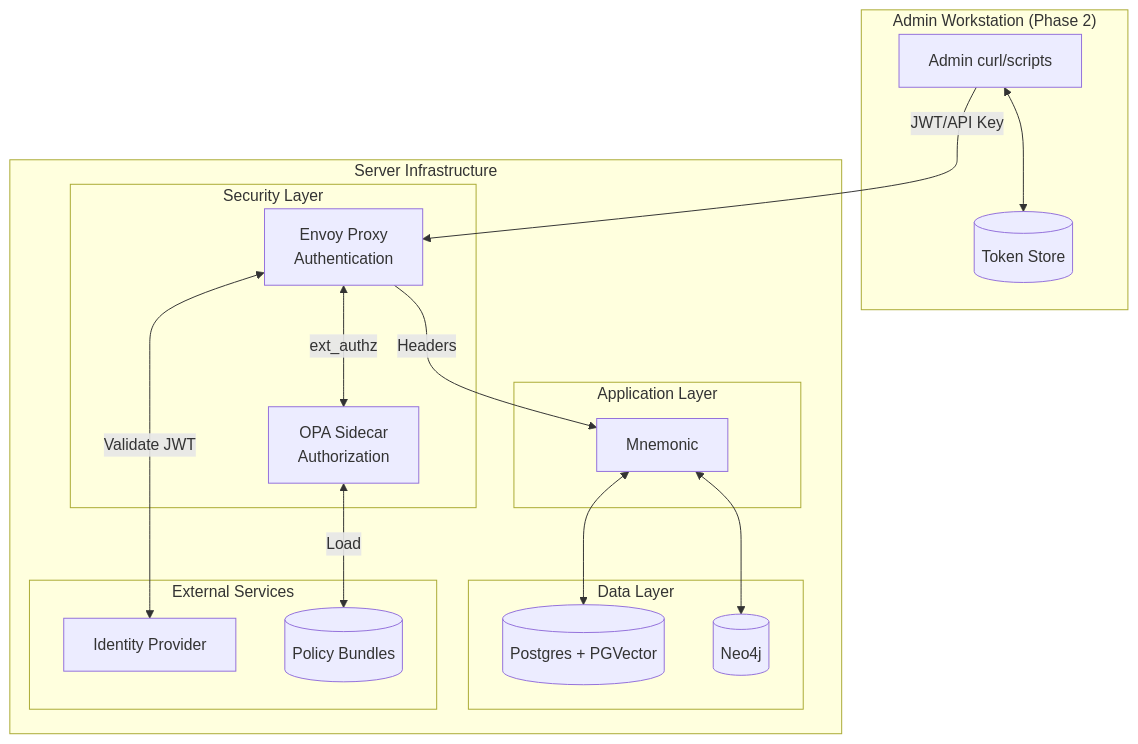
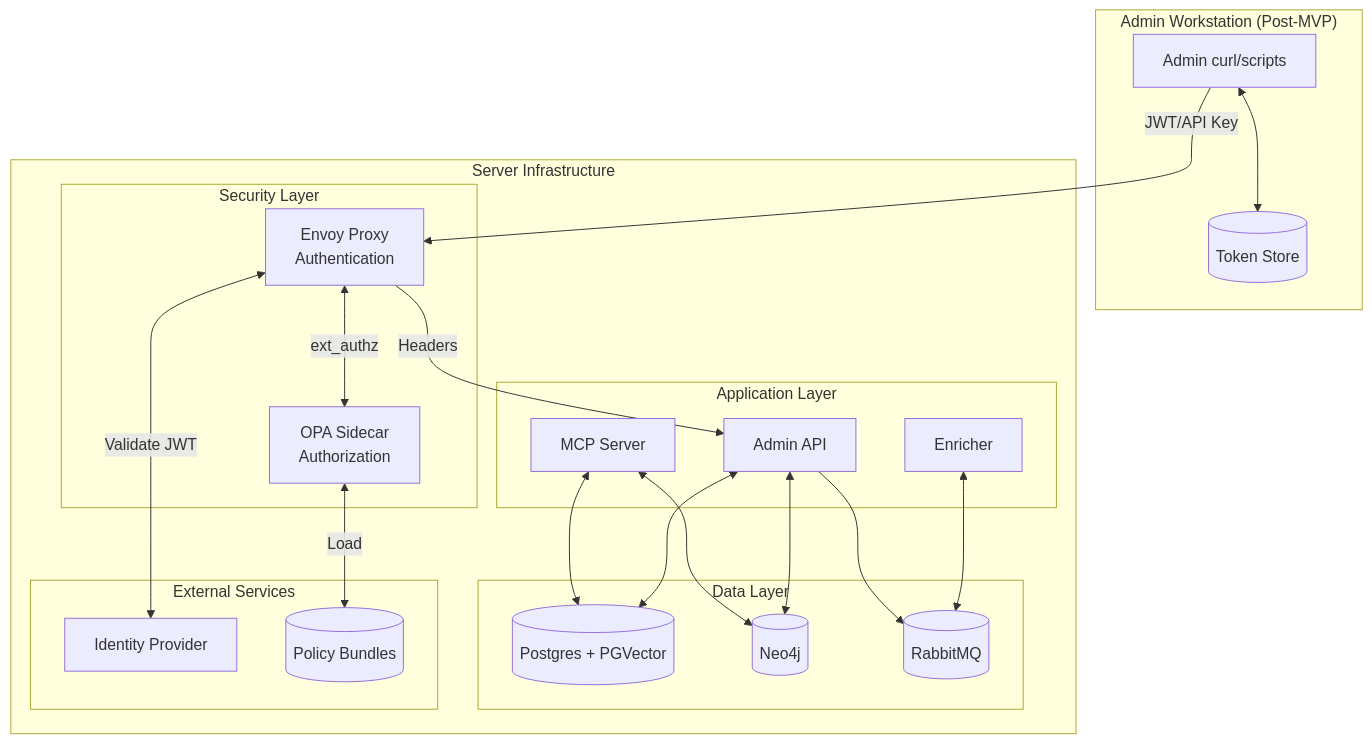
The fourth of 10 diagrams in docs/architecture/system/01-security-architecture.md (twistingmercury/mnemonic-docs), drawn with Mermaid before and after one commit. The commit also changed other lines of this file and 1 other file, not shown here.

Commit message:
docs: fix observability and security architecture for three-service topology

````diff
--- a/docs/architecture/system/01-security-architecture.md
+++ b/docs/architecture/system/01-security-architecture.md
@@ -238,37 +234,44 @@
 ```mermaid
 graph TB
-    subgraph "Admin Workstation (Phase 2)"
+    subgraph "Admin Workstation (Post-MVP)"
         ADMIN[Admin curl/scripts]
         TS[(Token Store)]
     end
 
     subgraph "Server Infrastructure"
         subgraph "Security Layer"
             ENV[Envoy Proxy<br/>Authentication]
             OPA[OPA Sidecar<br/>Authorization]
         end
 
         subgraph "Application Layer"
-            MN[Mnemonic]
+            MCP[MCP Server]
+            API[Admin API]
+            ENR[Enricher]
         end
 
         subgraph "Data Layer"
             PG[(Postgres + PGVector)]
             NEO[(Neo4j)]
+            RMQ[(RabbitMQ)]
         end
 
         subgraph "External Services"
             IDP[Identity Provider]
             BUNDLES[(Policy Bundles)]
         end
     end
 
     ADMIN <--> TS
     ADMIN -->|"JWT/API Key"| ENV
     ENV <-->|"ext_authz"| OPA
     OPA <-->|"Load"| BUNDLES
     ENV <-->|"Validate JWT"| IDP
-    ENV -->|"Headers"| MN
-    MN <--> PG
-    MN <--> NEO
+    ENV -->|"Headers"| API
+    MCP <--> PG
+    MCP <--> NEO
+    API <--> PG
+    API <--> NEO
+    API --> RMQ
+    ENR <--> RMQ
 ```
````
